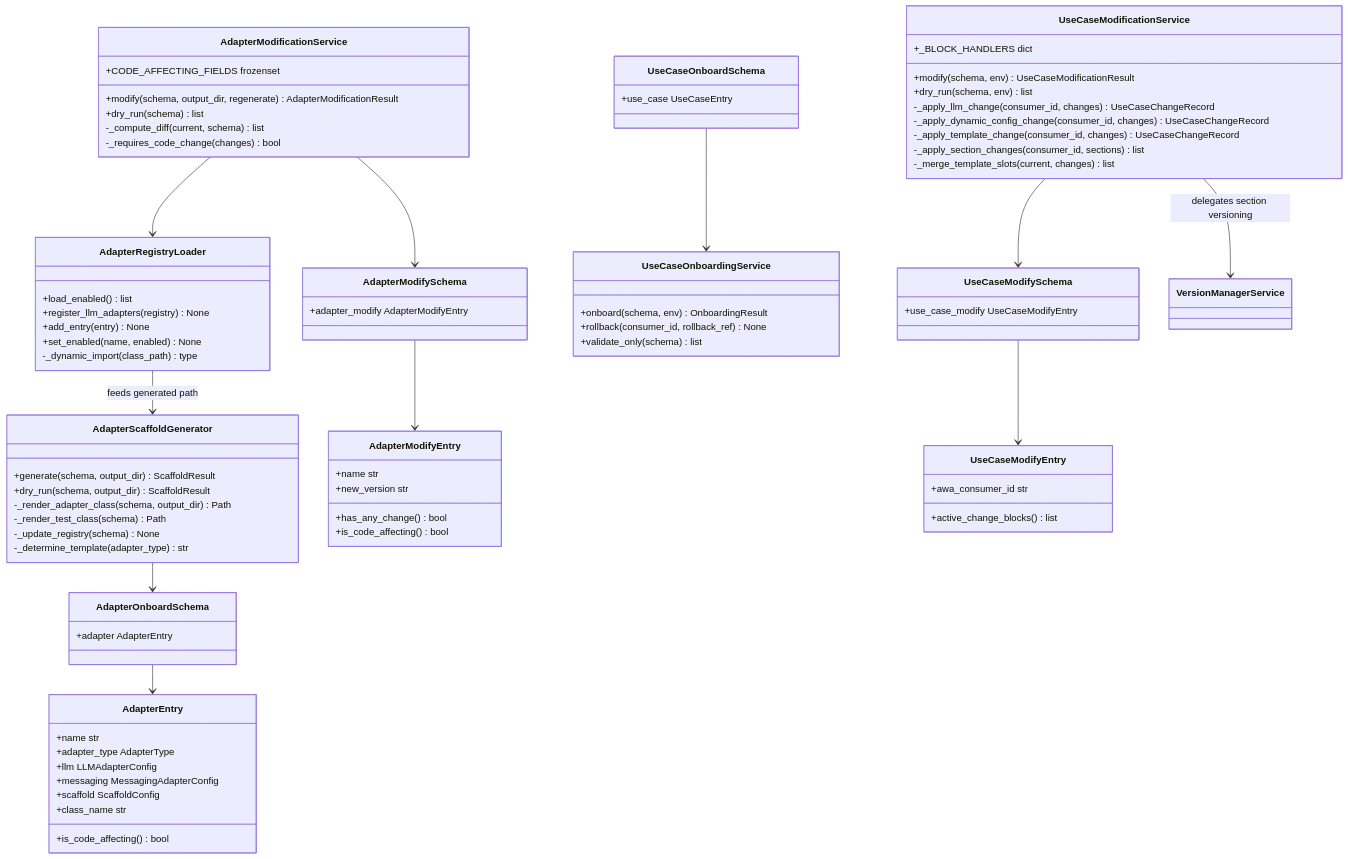
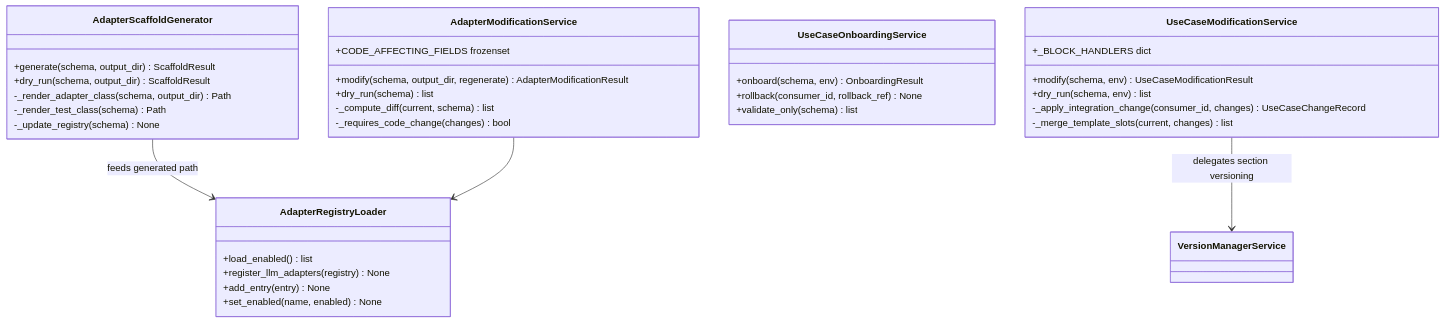
Before and after one commit to Siddharth2908/Prompt_Builder: the fifth of 8 diagrams in AWA_Prompt_Builder_TDD.md, drawn with Mermaid. The commit also changed other lines of this file, not shown here.

First line of the commit message:
Upgrade TDD to v3.0.0: add LangGraph, Semantic Kernel, CrewAI integration layer

````diff
--- a/AWA_Prompt_Builder_TDD.md
+++ b/AWA_Prompt_Builder_TDD.md
@@ -1350,41 +1753,18 @@
 classDiagram
     direction TB
 
-    class AdapterOnboardSchema {
-        +adapter AdapterEntry
-    }
-    class AdapterEntry {
-        +name str
-        +adapter_type AdapterType
-        +llm LLMAdapterConfig
-        +messaging MessagingAdapterConfig
-        +scaffold ScaffoldConfig
-        +class_name str
-        +is_code_affecting() bool
-    }
     class AdapterScaffoldGenerator {
         +generate(schema, output_dir) ScaffoldResult
         +dry_run(schema, output_dir) ScaffoldResult
         -_render_adapter_class(schema, output_dir) Path
         -_render_test_class(schema) Path
         -_update_registry(schema) None
-        -_determine_template(adapter_type) str
     }
     class AdapterRegistryLoader {
         +load_enabled() list
         +register_llm_adapters(registry) None
         +add_entry(entry) None
         +set_enabled(name, enabled) None
-        -_dynamic_import(class_path) type
-    }
-    class AdapterModifySchema {
-        +adapter_modify AdapterModifyEntry
-    }
-    class AdapterModifyEntry {
-        +name str
-        +new_version str
-        +has_any_change() bool
-        +is_code_affecting() bool
     }
     class AdapterModificationService {
         +CODE_AFFECTING_FIELDS frozenset
@@ -1393,40 +1773,20 @@
         -_compute_diff(current, schema) list
         -_requires_code_change(changes) bool
     }
-    class UseCaseOnboardSchema {
-        +use_case UseCaseEntry
-    }
     class UseCaseOnboardingService {
         +onboard(schema, env) OnboardingResult
         +rollback(consumer_id, rollback_ref) None
         +validate_only(schema) list
     }
-    class UseCaseModifySchema {
-        +use_case_modify UseCaseModifyEntry
-    }
-    class UseCaseModifyEntry {
-        +awa_consumer_id str
-        +active_change_blocks() list
-    }
     class UseCaseModificationService {
         +_BLOCK_HANDLERS dict
         +modify(schema, env) UseCaseModificationResult
         +dry_run(schema, env) list
-        -_apply_llm_change(consumer_id, changes) UseCaseChangeRecord
-        -_apply_dynamic_config_change(consumer_id, changes) UseCaseChangeRecord
-        -_apply_template_change(consumer_id, changes) UseCaseChangeRecord
-        -_apply_section_changes(consumer_id, sections) list
+        -_apply_integration_change(consumer_id, changes) UseCaseChangeRecord
         -_merge_template_slots(current, changes) list
     }
 
-    AdapterOnboardSchema --> AdapterEntry
-    AdapterScaffoldGenerator --> AdapterOnboardSchema
-    AdapterRegistryLoader --> AdapterScaffoldGenerator : feeds generated path
-    AdapterModifySchema --> AdapterModifyEntry
-    AdapterModificationService --> AdapterModifySchema
+    AdapterScaffoldGenerator --> AdapterRegistryLoader : feeds generated path
     AdapterModificationService --> AdapterRegistryLoader
-    UseCaseOnboardSchema --> UseCaseOnboardingService
-    UseCaseModifySchema --> UseCaseModifyEntry
-    UseCaseModificationService --> UseCaseModifySchema
     UseCaseModificationService --> VersionManagerService : delegates section versioning
 ```
````
